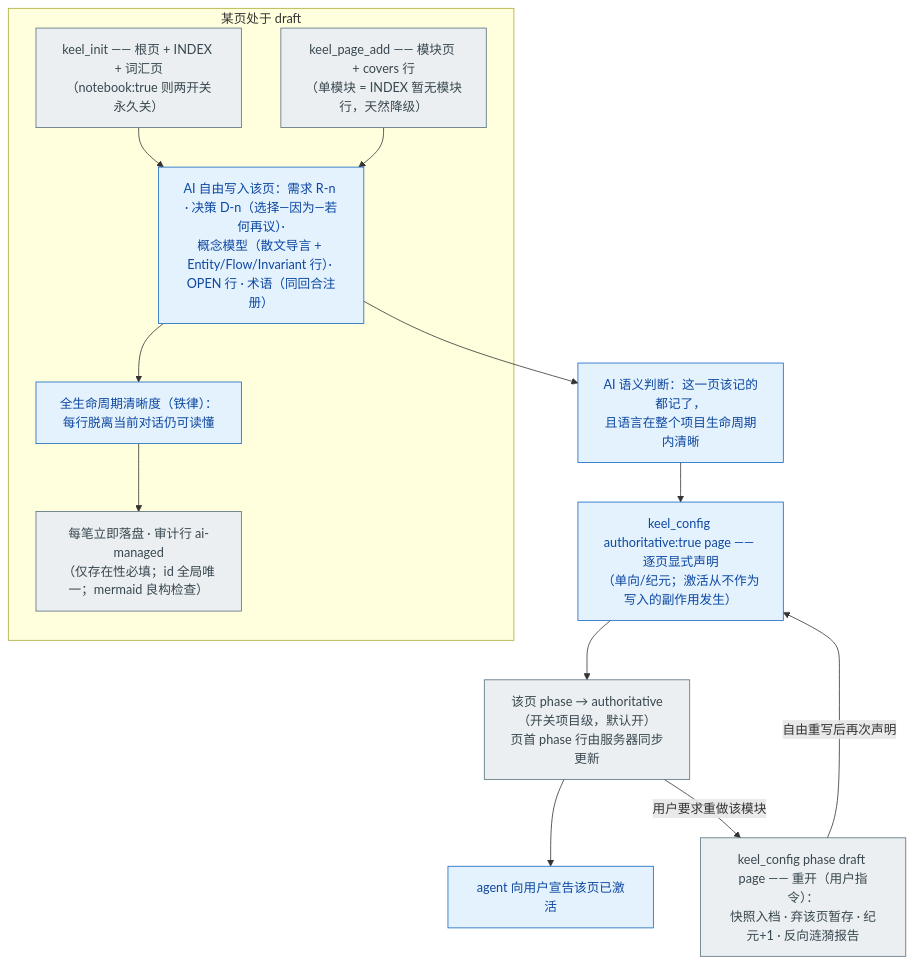
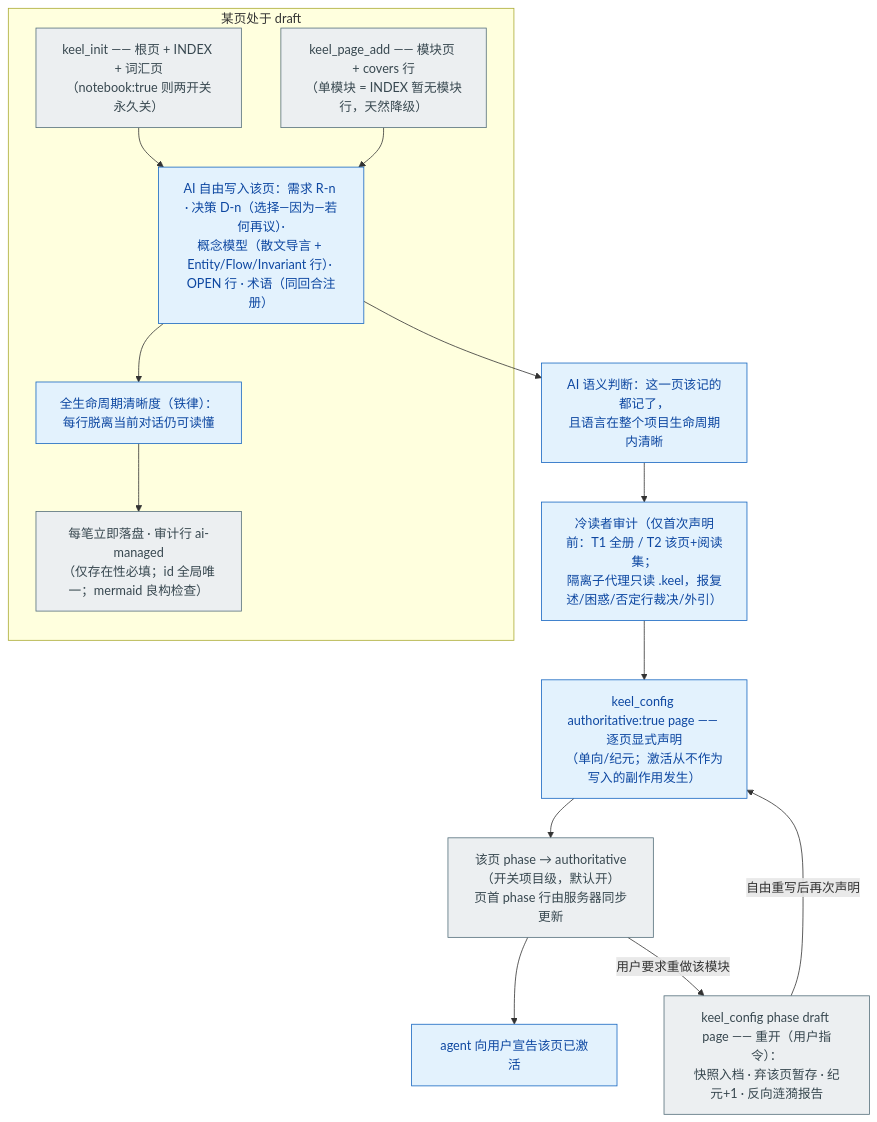
One commit to maxi3777/Keel changed the third of 13 diagrams in docs/MENTAL-MODEL.md. Above: the diagram before and after it, drawn with Mermaid. The commit also changed other lines of this file and 6 other files, not shown here.

````diff
--- a/docs/MENTAL-MODEL.md
+++ b/docs/MENTAL-MODEL.md
@@ -85,25 +85,26 @@
 ```mermaid
 flowchart TD
     subgraph D["某页处于 draft"]
     INIT["keel_init —— 根页 + INDEX + 词汇页<br/>（notebook:true 则两开关永久关）"]:::mech
     PADD["keel_page_add —— 模块页 + covers 行<br/>（单模块 = INDEX 暂无模块行，天然降级）"]:::mech
     FREE["AI 自由写入该页：需求 R-n · 决策 D-n（选择—因为—若何再议）·<br/>概念模型（散文导言 + Entity/Flow/Invariant 行）· OPEN 行 · 术语（同回合注册）"]:::ai
     CLEAR["全生命周期清晰度（铁律）：每行脱离当前对话仍可读懂"]:::ai
     LOGD["每笔立即落盘 · 审计行 ai-managed<br/>（仅存在性必填；id 全局唯一；mermaid 良构检查）"]:::mech
     end
     JUDGE["AI 语义判断：这一页该记的都记了，<br/>且语言在整个项目生命周期内清晰"]:::ai
+    COLD["冷读者审计（仅首次声明前：T1 全册 / T2 该页+阅读集；<br/>隔离子代理只读 .keel，报复述/困惑/否定行裁决/外引）"]:::ai
     DECLARE["keel_config authoritative:true page —— 逐页显式声明<br/>（单向/纪元；激活从不作为写入的副作用发生）"]:::ai
     ACT["该页 phase → authoritative（开关项目级，默认开）<br/>页首 phase 行由服务器同步更新"]:::mech
     TELL["agent 向用户宣告该页已激活"]:::ai
     REOPEN["keel_config phase draft page —— 重开（用户指令）：<br/>快照入档 · 弃该页暂存 · 纪元+1 · 反向涟漪报告"]:::mech
 
     INIT --> FREE
     PADD --> FREE
     FREE --> CLEAR --> LOGD
-    FREE --> JUDGE --> DECLARE --> ACT --> TELL
+    FREE --> JUDGE --> COLD --> DECLARE --> ACT --> TELL
     ACT -->|"用户要求重做该模块"| REOPEN
     REOPEN -->|"自由重写后再次声明"| DECLARE
     classDef human fill:#e8f5e9,stroke:#2e7d32,color:#1b5e20
     classDef ai fill:#e3f2fd,stroke:#1565c0,color:#0d47a1
     classDef mech fill:#eceff1,stroke:#546e7a,color:#37474f
 ```
````
